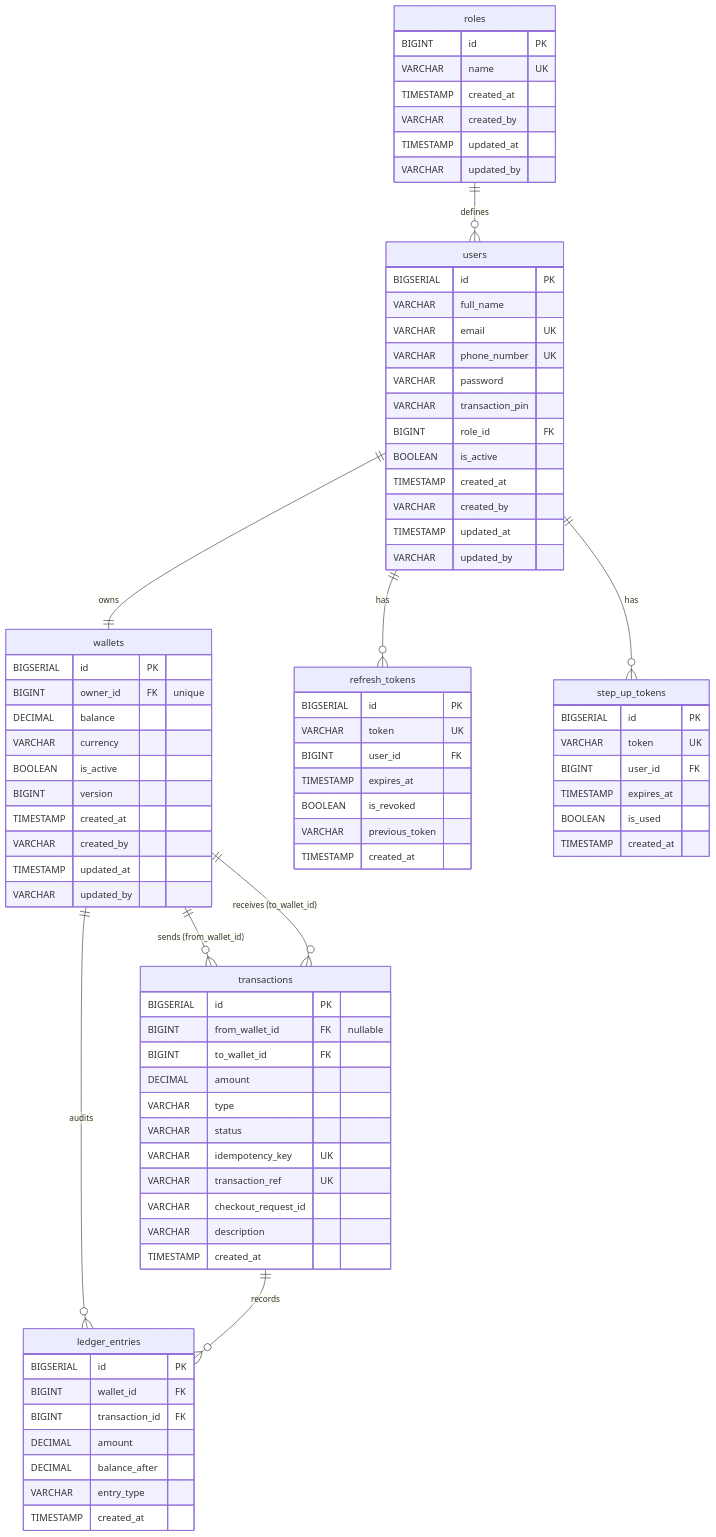
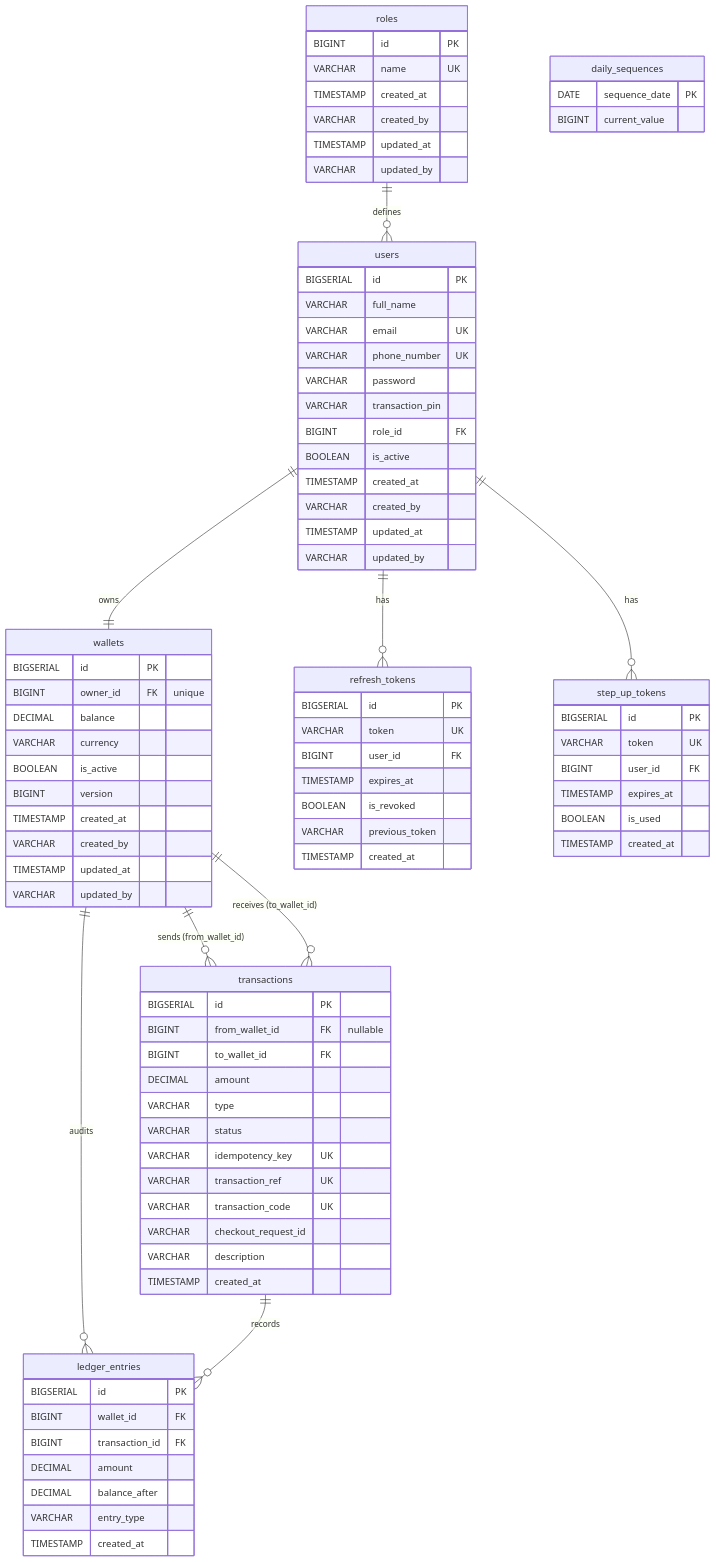
The diagram in README.md (Nic3holas-wq/verapay), drawn with Mermaid before and after one commit. The commit also changed other lines of this file, not shown here.

```diff
--- a/README.md
+++ b/README.md
@@ -103,9 +105,14 @@
         VARCHAR status
         VARCHAR idempotency_key UK
         VARCHAR transaction_ref UK
+        VARCHAR transaction_code UK
         VARCHAR checkout_request_id
         VARCHAR description
         TIMESTAMP created_at
+    }
+    daily_sequences {
+        DATE sequence_date PK
+        BIGINT current_value
     }
     ledger_entries {
         BIGSERIAL id PK
```
